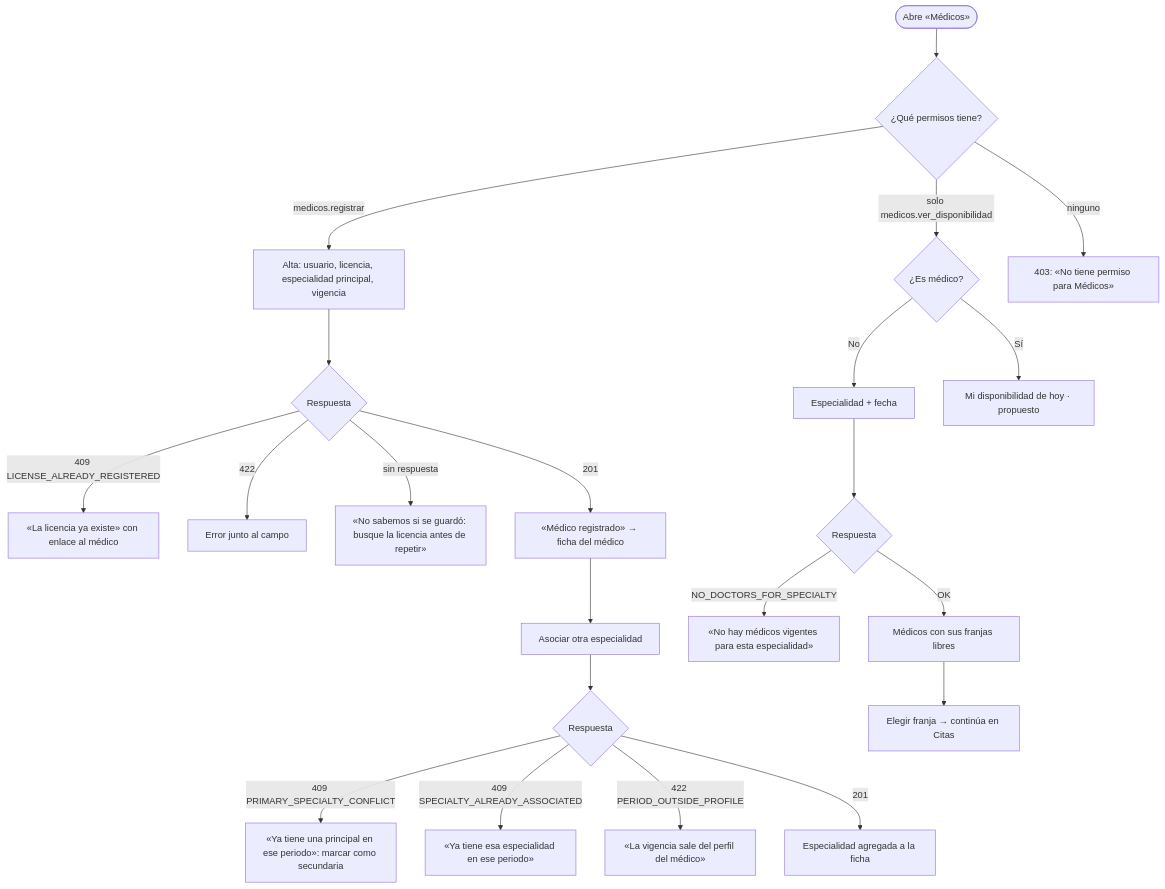
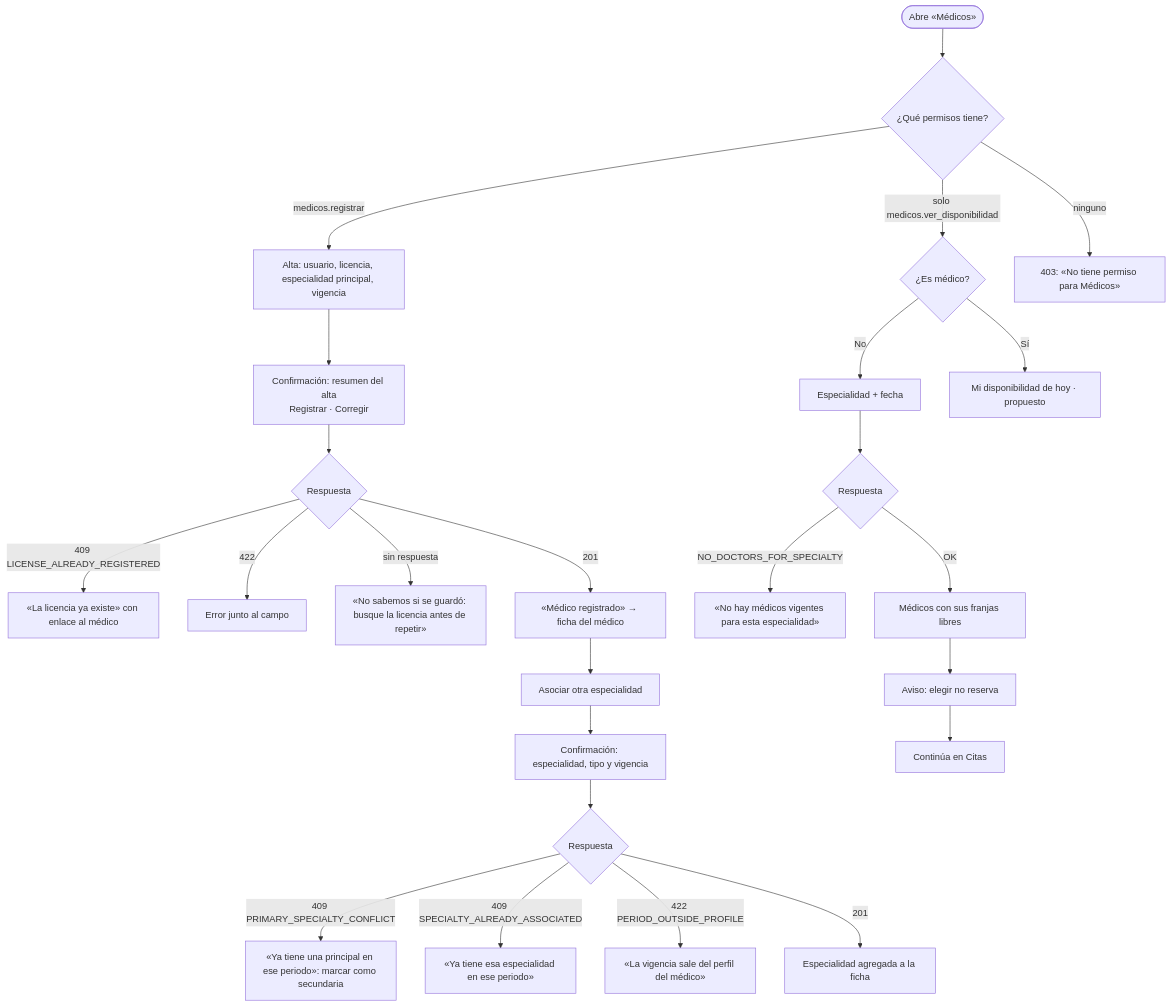
Before and after one commit to AxelHerrera11/sistema-hospitalario-integrado: the diagram in docs/medicos-especialidades/semana-08/README.md, drawn with Mermaid. The commit also changed other lines of this file, not shown here.

````diff
--- a/docs/medicos-especialidades/semana-08/README.md
+++ b/docs/medicos-especialidades/semana-08/README.md
@@ -19,23 +21,23 @@
 ```mermaid
 flowchart TD
   start([Abre «Médicos»]) --> rol{¿Qué permisos tiene?}
   rol -- medicos.registrar --> form[Alta: usuario, licencia, especialidad principal, vigencia]
-  form --> r1{Respuesta}
+  form --> sum1[Confirmación: resumen del alta<br>Registrar · Corregir] --> r1{Respuesta}
   r1 -- 409 LICENSE_ALREADY_REGISTERED --> lic[«La licencia ya existe» con enlace al médico]
   r1 -- 422 --> fix[Error junto al campo]
   r1 -- sin respuesta --> verify[«No sabemos si se guardó: busque la licencia antes de repetir»]
   r1 -- 201 --> ok1[«Médico registrado» → ficha del médico]
   ok1 --> link[Asociar otra especialidad]
-  link --> r2{Respuesta}
+  link --> sum2[Confirmación: especialidad, tipo y vigencia] --> r2{Respuesta}
   r2 -- 409 PRIMARY_SPECIALTY_CONFLICT --> prim[«Ya tiene una principal en ese periodo»: marcar como secundaria]
   r2 -- 409 SPECIALTY_ALREADY_ASSOCIATED --> dup[«Ya tiene esa especialidad en ese periodo»]
   r2 -- 422 PERIOD_OUTSIDE_PROFILE --> per[«La vigencia sale del perfil del médico»]
   r2 -- 201 --> ok2[Especialidad agregada a la ficha]
   rol -- solo medicos.ver_disponibilidad --> who{¿Es médico?}
   who -- No --> search[Especialidad + fecha] --> res{Respuesta}
   who -- Sí --> mine[Mi disponibilidad de hoy · propuesto]
   res -- NO_DOCTORS_FOR_SPECIALTY --> empty[«No hay médicos vigentes para esta especialidad»]
   res -- OK --> list[Médicos con sus franjas libres]
-  list --> agenda[Elegir franja → continúa en Citas]
+  list --> agenda[Aviso: elegir no reserva] --> citas[Continúa en Citas]
   rol -- ninguno --> d403[403: «No tiene permiso para Médicos»]
 ```
````
